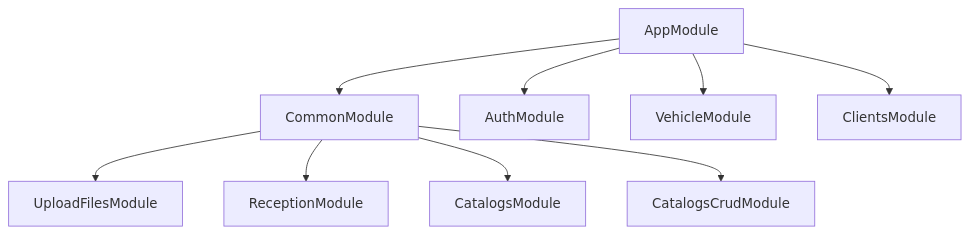
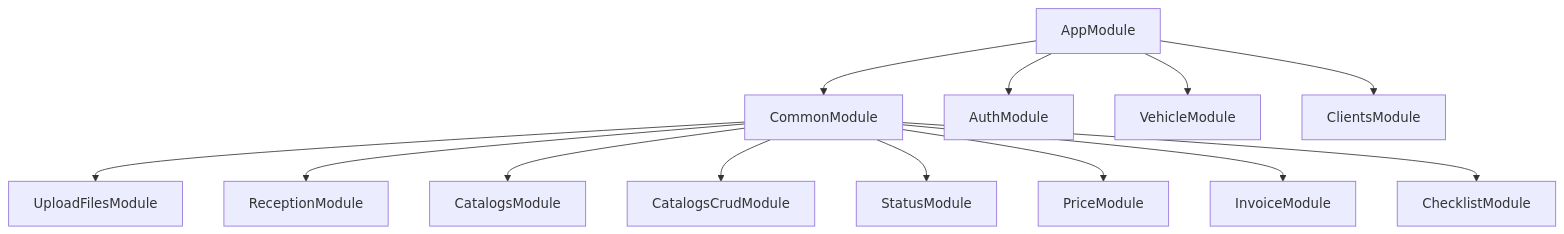
One commit to CDA-SYSTEM/api_gateway changed the diagram in docs/backend/modules.md. Above: the diagram before and after it, drawn with Mermaid. The commit also changed other lines of this file and 6 other files, not shown here.

First line of the commit message:
docs: add Status, Price, Invoice, Socket.IO and new flow documentation

````diff
--- a/docs/backend/modules.md
+++ b/docs/backend/modules.md
@@ -7,11 +7,15 @@
 ```mermaid
 graph TD
     AppModule --> CommonModule
     AppModule --> AuthModule
     AppModule --> VehicleModule
     AppModule --> ClientsModule
     CommonModule --> UploadFilesModule
     CommonModule --> ReceptionModule
     CommonModule --> CatalogsModule
     CommonModule --> CatalogsCrudModule
+    CommonModule --> StatusModule
+    CommonModule --> PriceModule
+    CommonModule --> InvoiceModule
+    CommonModule --> ChecklistModule
 ```
````
